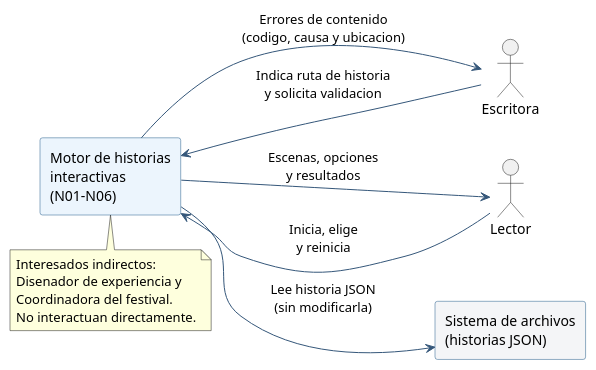
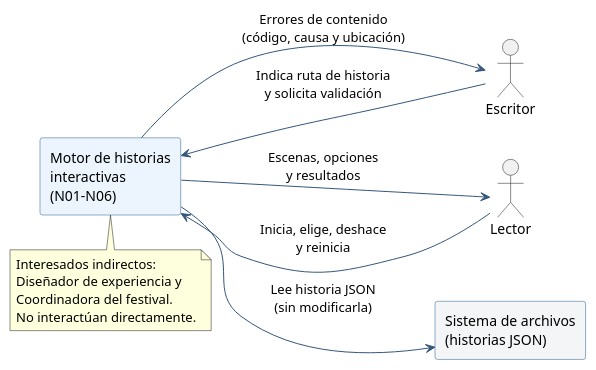
Before and after one commit to sebastian-caicedo/parcial_ultima_transmision: the diagram in docs/diagramas/01_contexto.puml, drawn with PlantUML. The commit also changed 1 other file, not shown here.

Commit message:
T13: actualizar diagramas por cambio de deshacer

```diff
--- a/docs/diagramas/01_contexto.puml
+++ b/docs/diagramas/01_contexto.puml
@@ -1,26 +1,26 @@
 @startuml
 left to right direction
 skinparam shadowing false
 skinparam backgroundColor white
 skinparam defaultFontName Arial
 skinparam ArrowColor #35577A
 skinparam RectangleBorderColor #235B89
 skinparam RectangleBackgroundColor #ECF5FD
-actor "Escritora" as Escritora
+actor "Escritor" as Escritor
 actor "Lector" as Lector
 rectangle "Motor de historias\ninteractivas\n(N01-N06)" as Motor
 rectangle "Sistema de archivos\n(historias JSON)" as Archivos #F4F5F7
 
-Escritora --> Motor : Indica ruta de historia\ny solicita validacion
-Motor --> Escritora : Errores de contenido\n(codigo, causa y ubicacion)
-Lector --> Motor : Inicia, elige\ny reinicia
+Escritor --> Motor : Indica ruta de historia\ny solicita validación
+Motor --> Escritor : Errores de contenido\n(código, causa y ubicación)
+Lector --> Motor : Inicia, elige, deshace\ny reinicia
 Motor --> Lector : Escenas, opciones\ny resultados
 Motor --> Archivos : Lee historia JSON\n(sin modificarla)
 
 note bottom of Motor
   Interesados indirectos:
-  Disenador de experiencia y
+  Diseñador de experiencia y
   Coordinadora del festival.
-  No interactuan directamente.
+  No interactúan directamente.
 end note
 @enduml
```
